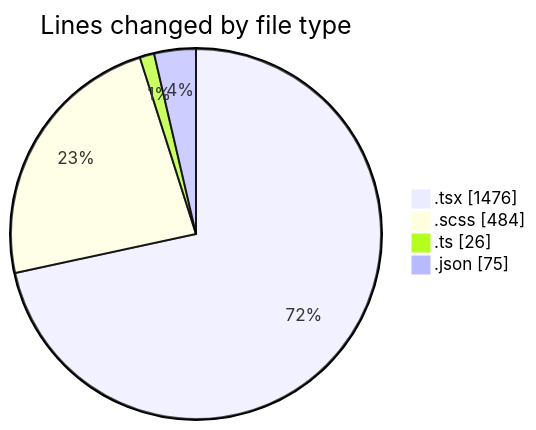
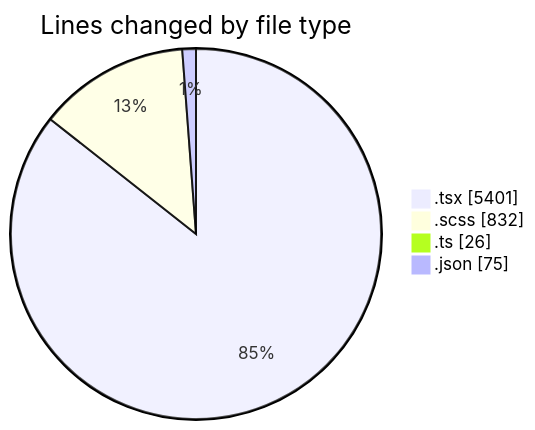
One commit to momahboobian/code-tracking changed the first of 2 diagrams in 2025-04-09/cda/README.md. Above: the diagram before and after it, drawn with Mermaid. The commit also changed other lines of this file and 1 other file, not shown here.

````diff
--- a/2025-04-09/cda/README.md
+++ b/2025-04-09/cda/README.md
@@ -30,8 +39,8 @@
 ```mermaid
 pie showData
 title Lines changed by file type
-".tsx" : 1476
-".scss" : 484
+".tsx" : 5401
+".scss" : 832
 ".ts" : 26
 ".json" : 75
 ```
````
